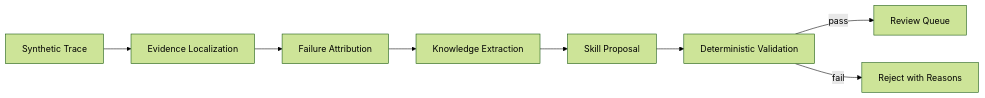
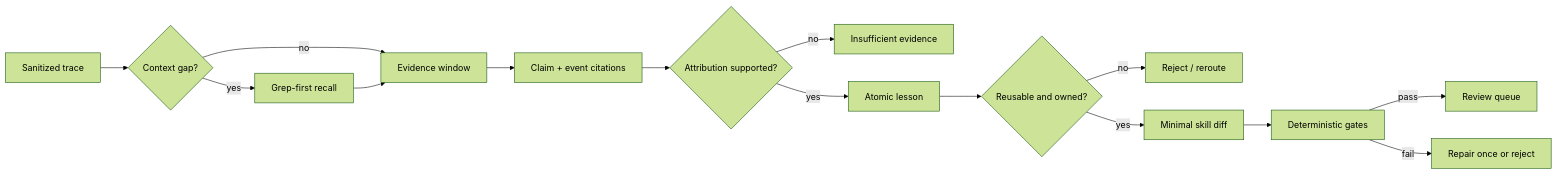
One commit to FlowRUI/agent-self-evolution changed the second of 4 diagrams in README.md. Above: the diagram before and after it, drawn with Mermaid (forest theme). The commit also changed other lines of this file, not shown here.

````diff
--- a/README.md
+++ b/README.md
@@ -9,10 +61,17 @@
 ```mermaid
 flowchart LR
-    A[Synthetic Trace] --> B[Evidence Localization]
-    B --> C[Failure Attribution]
-    C --> D[Knowledge Extraction]
-    D --> E[Skill Proposal]
-    E --> F[Deterministic Validation]
-    F -->|pass| G[Review Queue]
-    F -->|fail| H[Reject with Reasons]
+  A[Sanitized trace] --> B{Context gap?}
+  B -->|yes| C[Grep-first recall]
+  B -->|no| D[Evidence window]
+  C --> D
+  D --> E[Claim + event citations]
+  E --> F{Attribution supported?}
+  F -->|no| G[Insufficient evidence]
+  F -->|yes| H[Atomic lesson]
+  H --> I{Reusable and owned?}
+  I -->|no| J[Reject / reroute]
+  I -->|yes| K[Minimal skill diff]
+  K --> L[Deterministic gates]
+  L -->|pass| M[Review queue]
+  L -->|fail| N[Repair once or reject]
 ```
````
